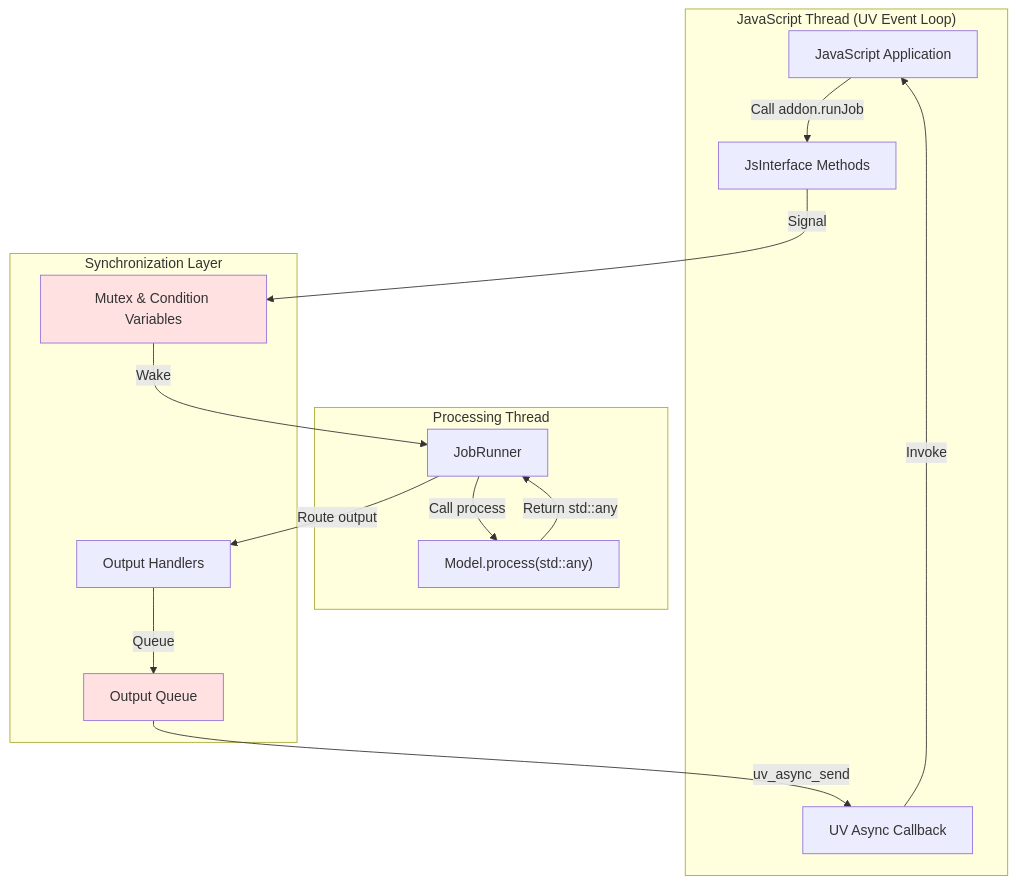
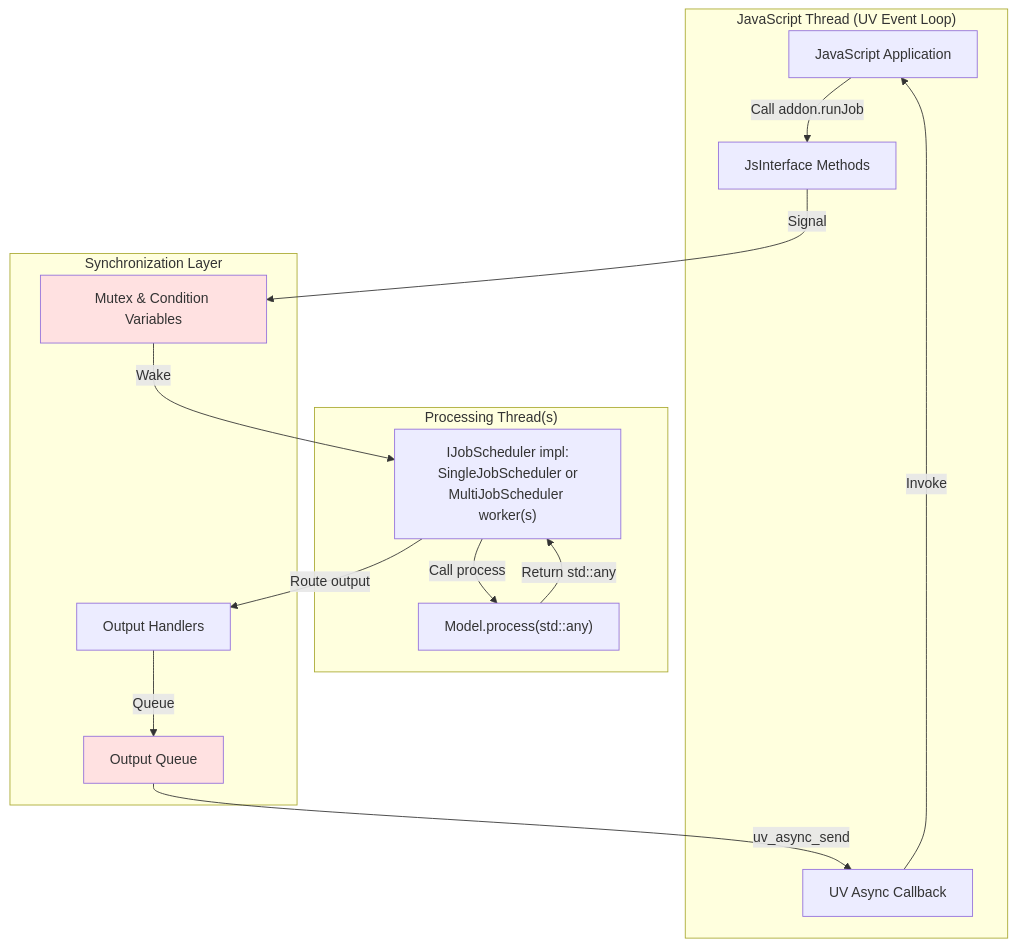
The third of 3 diagrams in packages/inference-addon-cpp/docs/architecture.md (Zbig9000/qvac), drawn with Mermaid before and after one commit. The commit also changed other lines of this file and 29 other files, not shown here.

First line of the commit message:
QVAC-18396: Multi-job queue at addon-cpp  (Needed for LLM Continuous Batching Optimizations) (#2990)

````diff
--- a/packages/inference-addon-cpp/docs/architecture.md
+++ b/packages/inference-addon-cpp/docs/architecture.md
@@ -318,32 +351,32 @@
 ```mermaid
 graph TB
     subgraph "JavaScript Thread (UV Event Loop)"
         JS_APP[JavaScript Application]
         JS_BRIDGE[JsInterface Methods]
         ASYNC_CB[UV Async Callback]
     end
     
-    subgraph "Processing Thread"
-        JOB_RUNNER[JobRunner]
+    subgraph "Processing Thread(s)"
+        JOB_RUNNER[IJobScheduler impl:<br/>SingleJobScheduler or<br/>MultiJobScheduler worker#40;s#41;]
         MODEL[Model.process#40;std::any#41;]
     end
     
     subgraph "Synchronization Layer"
         MUTEX[Mutex & Condition Variables]
         OUTPUT_QUEUE[Output Queue]
         OUTPUT_HANDLERS[Output Handlers]
     end
     
     JS_APP -->|Call addon.runJob| JS_BRIDGE
     JS_BRIDGE -->|Signal| MUTEX
     MUTEX -->|Wake| JOB_RUNNER
     JOB_RUNNER -->|Call process| MODEL
     MODEL -->|Return std::any| JOB_RUNNER
     JOB_RUNNER -->|Route output| OUTPUT_HANDLERS
     OUTPUT_HANDLERS -->|Queue| OUTPUT_QUEUE
     OUTPUT_QUEUE -->|uv_async_send| ASYNC_CB
     ASYNC_CB -->|Invoke| JS_APP
     
     style MUTEX fill:#ffe1e1
     style OUTPUT_QUEUE fill:#ffe1e1
 ```
````
